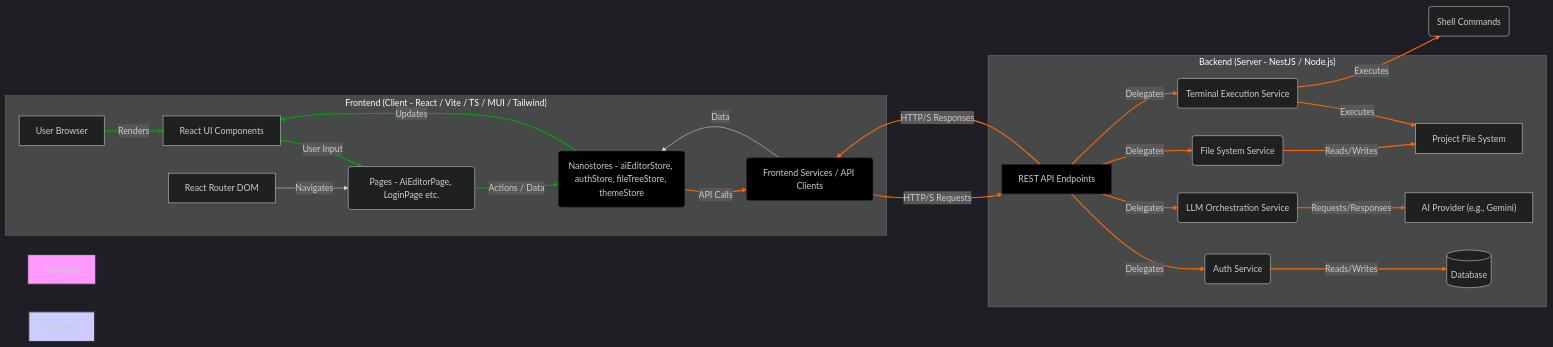
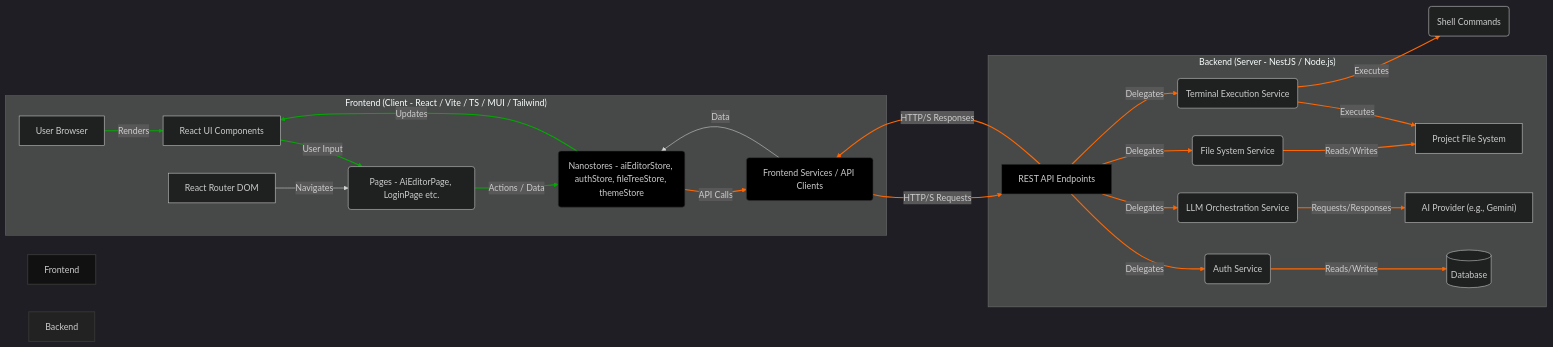
The diagram in README.md (evillan0315/ai-editor-front), drawn with Mermaid before and after one commit.

Commit message:
docs: update mermaid diagrams for dark theme compatibility

````diff
--- a/README.md
+++ b/README.md
@@ -53,64 +53,64 @@
 ```mermaid
 %%{init: {'theme': 'dark'}}%%
 graph LR
     subgraph "Frontend (Client - React / Vite / TS / MUI / Tailwind)"
         Browser[User Browser]
         UI[React UI Components]
         Pages(Pages - AiEditorPage, LoginPage etc.)
         State(Nanostores - aiEditorStore, authStore, fileTreeStore, themeStore)
         Services(Frontend Services / API Clients)
         Router[React Router DOM]
     end
 
     subgraph "Backend (Server - NestJS / Node.js)"
         API[REST API Endpoints]
         Auth(Auth Service)
         LLM(LLM Orchestration Service)
         File(File System Service)
         Terminal(Terminal Execution Service)
         DB[(Database)]
         AI_Provider[AI Provider &lpar;e.g., Gemini&rpar;]
         FS[Project File System]
     end
 
     Browser -- Renders --> UI
     UI -- User Input --> Pages
     Pages -- Actions / Data --> State
     State -- Updates --> UI
     State -- API Calls --> Services
     Services -- HTTP/S Requests --> API
     API -- Delegates --> Auth
     API -- Delegates --> LLM
     API -- Delegates --> File
     API -- Delegates --> Terminal
     Auth -- Reads/Writes --> DB
     LLM -- Requests/Responses --> AI_Provider
     File -- Reads/Writes --> FS
     Terminal -- Executes --> FS
     Terminal -- Executes --> Shell(Shell Commands)
     API -- HTTP/S Responses --> Services
     Services -- Data --> State
     Router -- Navigates --> Pages
 
-    style Frontend fill:#f9f,stroke:#333,stroke-width:2px
-    style Backend fill:#ccf,stroke:#333,stroke-width:2px
+    style Frontend fill:#111,stroke:#333,stroke-width:2px
+    style Backend fill:#222,stroke:#333,stroke-width:2px
     style State fill:#000,stroke:#333,stroke-width:1px
     style Services fill:#000,stroke:#333,stroke-width:1px
     style API fill:#000,stroke:#333,stroke-width:1px
     linkStyle 0 stroke:#0a0,stroke-width:2px;
     linkStyle 1 stroke:#0a0,stroke-width:2px;
     linkStyle 2 stroke:#0a0,stroke-width:2px;
     linkStyle 3 stroke:#0a0,stroke-width:2px;
     linkStyle 4 stroke:#f60,stroke-width:2px;
     linkStyle 5 stroke:#f60,stroke-width:2px;
     linkStyle 6 stroke:#f60,stroke-width:2px;
     linkStyle 7 stroke:#f60,stroke-width:2px;
     linkStyle 8 stroke:#f60,stroke-width:2px;
     linkStyle 9 stroke:#f60,stroke-width:2px;
     linkStyle 10 stroke:#f60,stroke-width:2px;
     linkStyle 11 stroke:#f60,stroke-width:2px;
     linkStyle 12 stroke:#f60,stroke-width:2px;
     linkStyle 13 stroke:#f60,stroke-width:2px;
     linkStyle 14 stroke:#f60,stroke-width:2px;
     linkStyle 15 stroke:#f60,stroke-width:2px;
 ```
````
